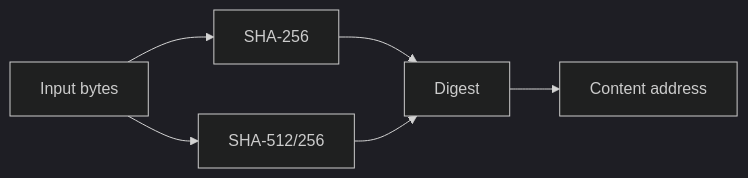
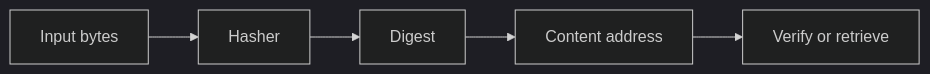
The diagram in website/concepts/hashes.md (dmundt/go-cask), drawn with Mermaid (dark theme) before and after one commit. The commit also changed other lines of this file and 19 other files, not shown here.

````diff
--- a/website/concepts/hashes.md
+++ b/website/concepts/hashes.md
@@ -19,8 +19,7 @@
 ```mermaid
 flowchart LR
-    A[Input bytes] --> B[SHA-256]
-    A --> C[SHA-512/256]
-    B --> D[Digest]
-    C --> D
-    D --> E[Content address]
+    A["Input bytes"] --> B["Hasher"]
+    B --> C["Digest"]
+    C --> D["Content address"]
+    D --> E["Verify or retrieve"]
 ```
````
